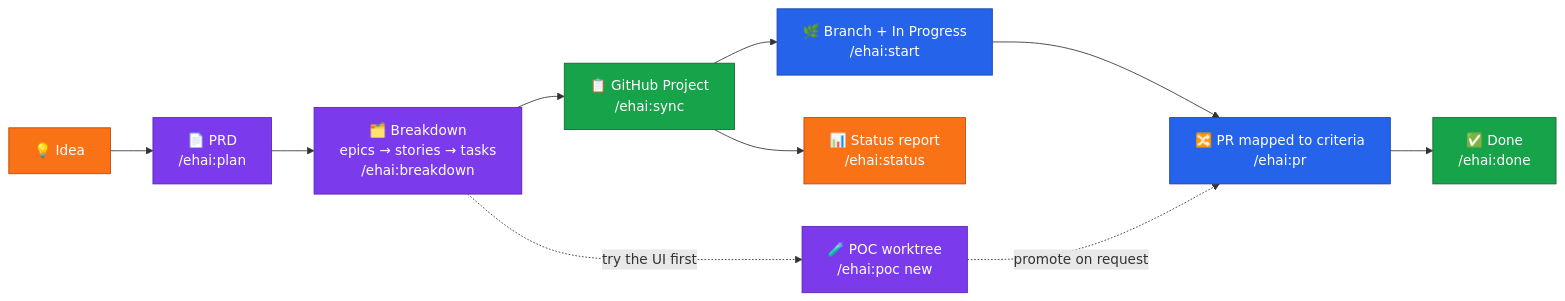
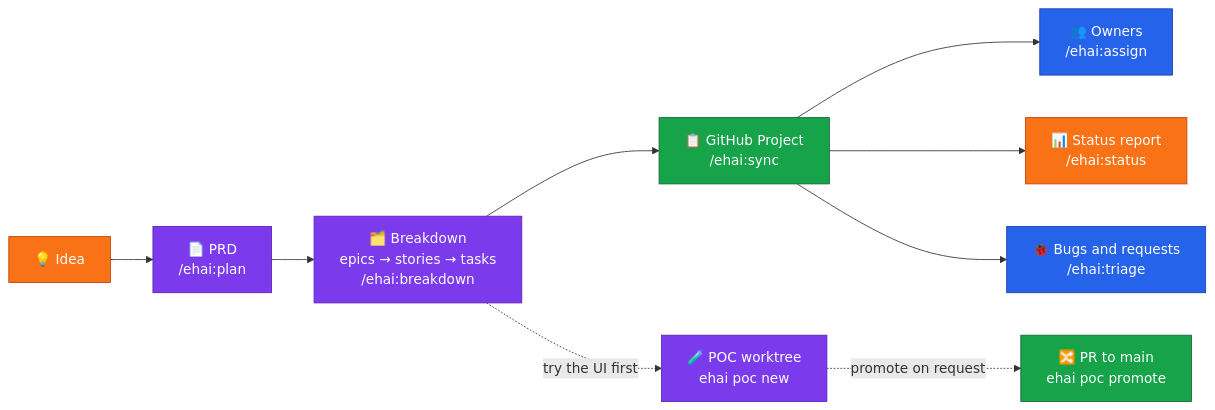
Before and after one commit to jagadeeshm007/ehai: the second of 13 diagrams in docs/guide/how-it-works.md, drawn with Mermaid. The commit also changed other lines of this file and 4 other files, not shown here.

````diff
--- a/docs/guide/how-it-works.md
+++ b/docs/guide/how-it-works.md
@@ -40,16 +40,15 @@
 ```mermaid
 flowchart LR
   idea["💡 Idea"]:::user --> prd["📄 PRD<br/>/ehai:plan"]:::engine
   prd --> bd["🗂️ Breakdown<br/>epics → stories → tasks<br/>/ehai:breakdown"]:::engine
   bd --> board["📋 GitHub Project<br/>/ehai:sync"]:::ext
-  board --> start["🌿 Branch + In Progress<br/>/ehai:start"]:::harness
-  start --> pr["🔀 PR mapped to criteria<br/>/ehai:pr"]:::harness
-  pr --> done["✅ Done<br/>/ehai:done"]:::ext
-  bd -. "try the UI first" .-> poc["🧪 POC worktree<br/>/ehai:poc new"]:::engine
-  poc -. "promote on request" .-> pr
+  board --> assign["👥 Owners<br/>/ehai:assign"]:::harness
   board --> status["📊 Status report<br/>/ehai:status"]:::user
+  board --> triage["🐞 Bugs and requests<br/>/ehai:triage"]:::harness
+  bd -. "try the UI first" .-> poc["🧪 POC worktree<br/>ehai poc new"]:::engine
+  poc -. "promote on request" .-> pr["🔀 PR to main<br/>ehai poc promote"]:::ext
   classDef user fill:#f97316,stroke:#c2410c,color:#fff
   classDef harness fill:#2563eb,stroke:#1e40af,color:#fff
   classDef engine fill:#7c3aed,stroke:#5b21b6,color:#fff
   classDef ext fill:#16a34a,stroke:#166534,color:#fff
 ```
````
